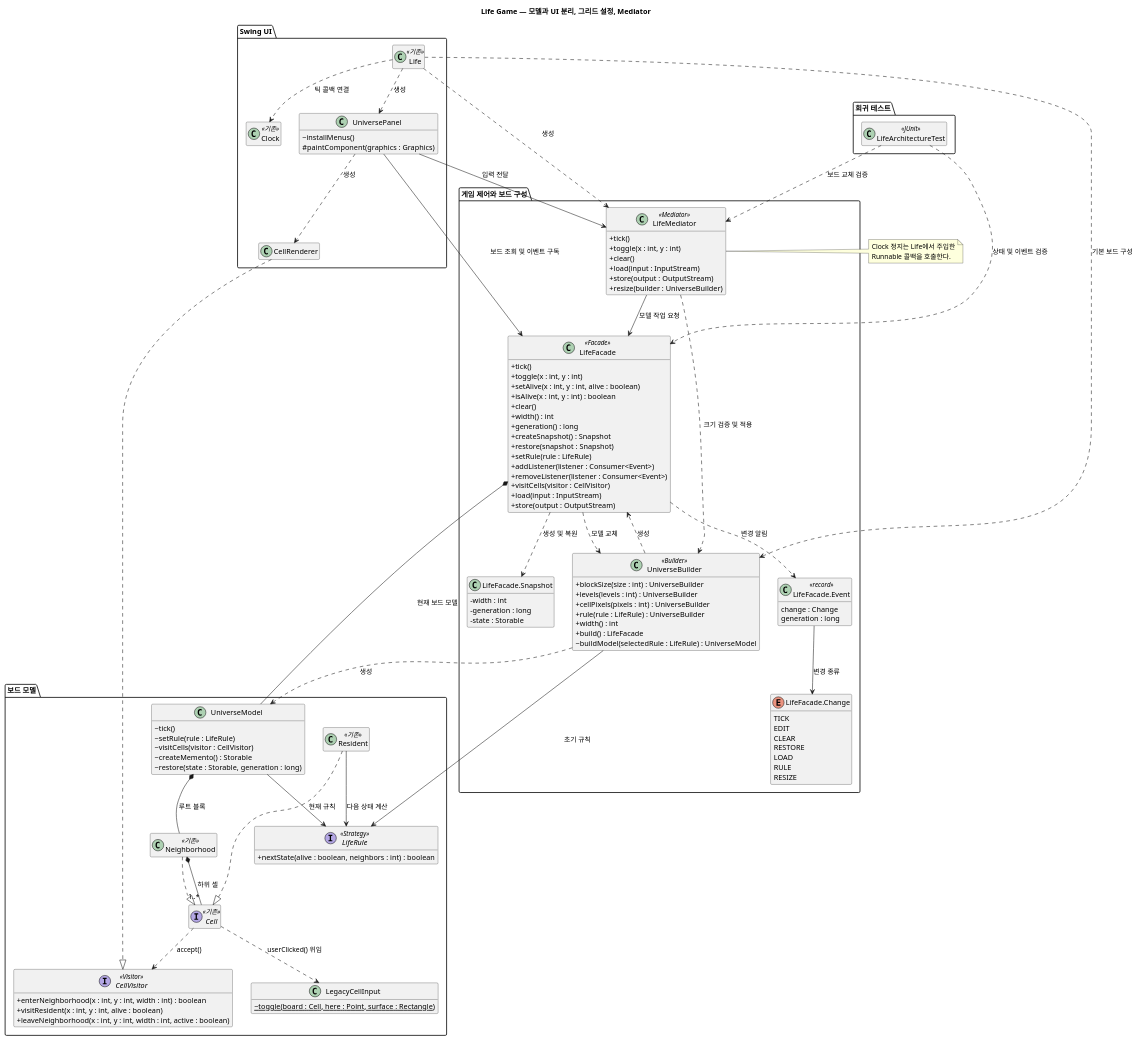
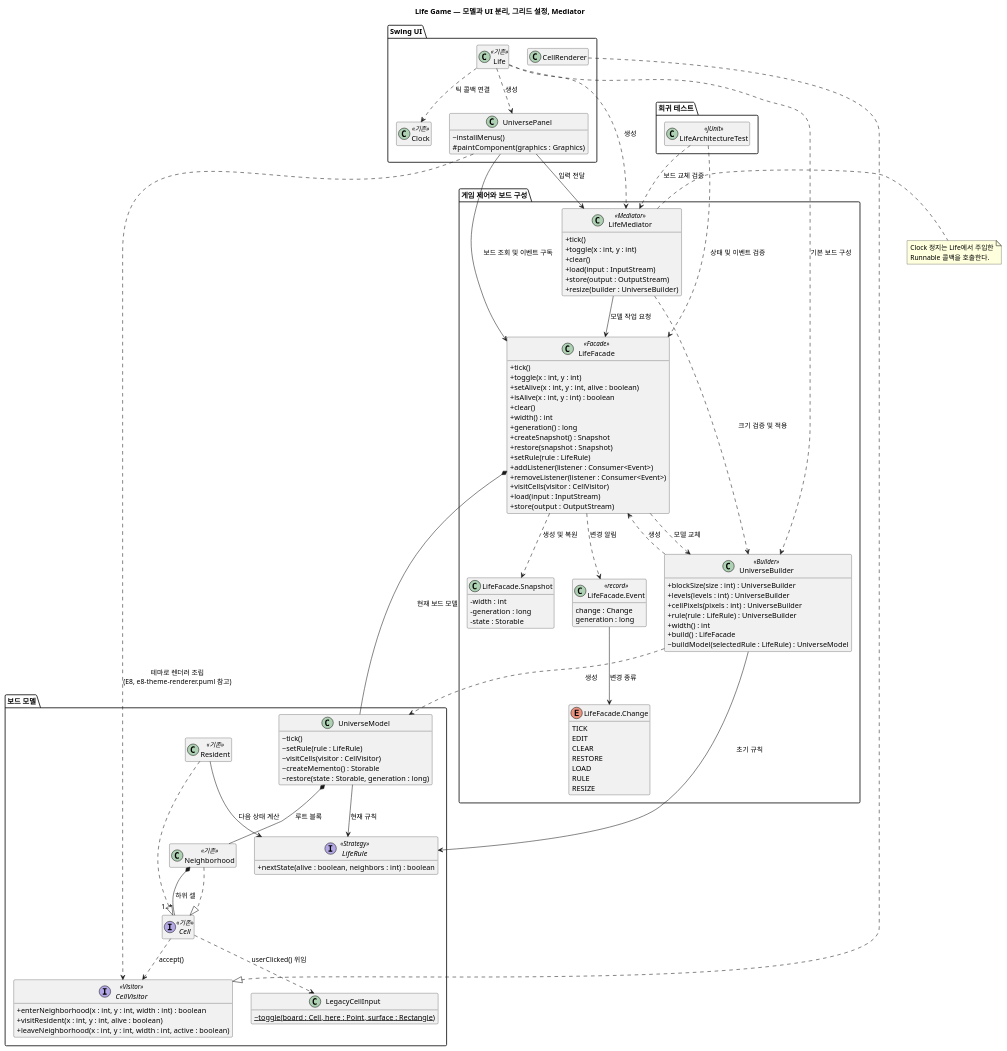
The diagram in docs/uml/life-architecture.puml (Crocobob911/CAU26_DesignPattern), drawn with PlantUML before and after one commit. The commit also changed 1 other file, not shown here.

Commit message:
Docs : 클래스 다이어그램 추가, 아키텍처 다이어그램 렌더러 관계 수정

```diff
--- a/docs/uml/life-architecture.puml
+++ b/docs/uml/life-architecture.puml
@@ -1,135 +1,135 @@
 @startuml
 title Life Game — 모델과 UI 분리, 그리드 설정, Mediator
 skinparam classAttributeIconSize 0
 hide empty members
 
 package "Swing UI" {
   class Life <<기존>>
   class Clock <<기존>>
   class UniversePanel {
     ~installMenus()
     #paintComponent(graphics : Graphics)
   }
   class CellRenderer
 }
 
 package "게임 제어와 보드 구성" {
   class LifeMediator <<Mediator>> {
     +tick()
     +toggle(x : int, y : int)
     +clear()
     +load(input : InputStream)
     +store(output : OutputStream)
     +resize(builder : UniverseBuilder)
   }
   class LifeFacade <<Facade>> {
     +tick()
     +toggle(x : int, y : int)
     +setAlive(x : int, y : int, alive : boolean)
     +isAlive(x : int, y : int) : boolean
     +clear()
     +width() : int
     +generation() : long
     +createSnapshot() : Snapshot
     +restore(snapshot : Snapshot)
     +setRule(rule : LifeRule)
     +addListener(listener : Consumer<Event>)
     +removeListener(listener : Consumer<Event>)
     +visitCells(visitor : CellVisitor)
     +load(input : InputStream)
     +store(output : OutputStream)
   }
   class "LifeFacade.Snapshot" as Snapshot {
     -width : int
     -generation : long
     -state : Storable
   }
   class "LifeFacade.Event" as Event <<record>> {
     change : Change
     generation : long
   }
   enum "LifeFacade.Change" as Change {
     TICK
     EDIT
     CLEAR
     RESTORE
     LOAD
     RULE
     RESIZE
   }
   class UniverseBuilder <<Builder>> {
     +blockSize(size : int) : UniverseBuilder
     +levels(levels : int) : UniverseBuilder
     +cellPixels(pixels : int) : UniverseBuilder
     +rule(rule : LifeRule) : UniverseBuilder
     +width() : int
     +build() : LifeFacade
     ~buildModel(selectedRule : LifeRule) : UniverseModel
   }
 }
 
 package "보드 모델" {
   class UniverseModel {
     ~tick()
     ~setRule(rule : LifeRule)
     ~visitCells(visitor : CellVisitor)
     ~createMemento() : Storable
     ~restore(state : Storable, generation : long)
   }
   interface Cell <<기존>>
   class Neighborhood <<기존>>
   class Resident <<기존>>
   interface LifeRule <<Strategy>> {
     +nextState(alive : boolean, neighbors : int) : boolean
   }
   interface CellVisitor <<Visitor>> {
     +enterNeighborhood(x : int, y : int, width : int) : boolean
     +visitResident(x : int, y : int, alive : boolean)
     +leaveNeighborhood(x : int, y : int, width : int, active : boolean)
   }
   class LegacyCellInput {
     {static} ~toggle(board : Cell, here : Point, surface : Rectangle)
   }
 }
 
 package "회귀 테스트" {
   class LifeArchitectureTest <<JUnit>>
 }
 
 Life ..> UniversePanel : 생성
 Life ..> LifeMediator : 생성
 Life ..> UniverseBuilder : 기본 보드 구성
 Life ..> Clock : 틱 콜백 연결
 UniversePanel --> LifeMediator : 입력 전달
 UniversePanel --> LifeFacade : 보드 조회 및 이벤트 구독
-UniversePanel ..> CellRenderer : 생성
+UniversePanel ..> CellVisitor : 테마로 렌더러 조립\n(E8, e8-theme-renderer.puml 참고)
 CellRenderer ..|> CellVisitor
 
 LifeMediator --> LifeFacade : 모델 작업 요청
 LifeMediator ..> UniverseBuilder : 크기 검증 및 적용
 LifeFacade *-- UniverseModel : 현재 보드 모델
 LifeFacade ..> UniverseBuilder : 모델 교체
 LifeFacade ..> Snapshot : 생성 및 복원
 LifeFacade ..> Event : 변경 알림
 Event --> Change : 변경 종류
 UniverseBuilder ..> LifeFacade : 생성
 UniverseBuilder ..> UniverseModel : 생성
 UniverseBuilder --> LifeRule : 초기 규칙
 
 UniverseModel *-- Neighborhood : 루트 블록
 UniverseModel --> LifeRule : 현재 규칙
 Neighborhood ..|> Cell
 Resident ..|> Cell
 Neighborhood *-- "1..*" Cell : 하위 셀
 Resident --> LifeRule : 다음 상태 계산
 Cell ..> CellVisitor : accept()
 Cell ..> LegacyCellInput : userClicked() 위임
 LifeArchitectureTest ..> LifeFacade : 상태 및 이벤트 검증
 LifeArchitectureTest ..> LifeMediator : 보드 교체 검증
 
 note right of LifeMediator
   Clock 정지는 Life에서 주입한
   Runnable 콜백을 호출한다.
 end note
 
 @enduml
```
